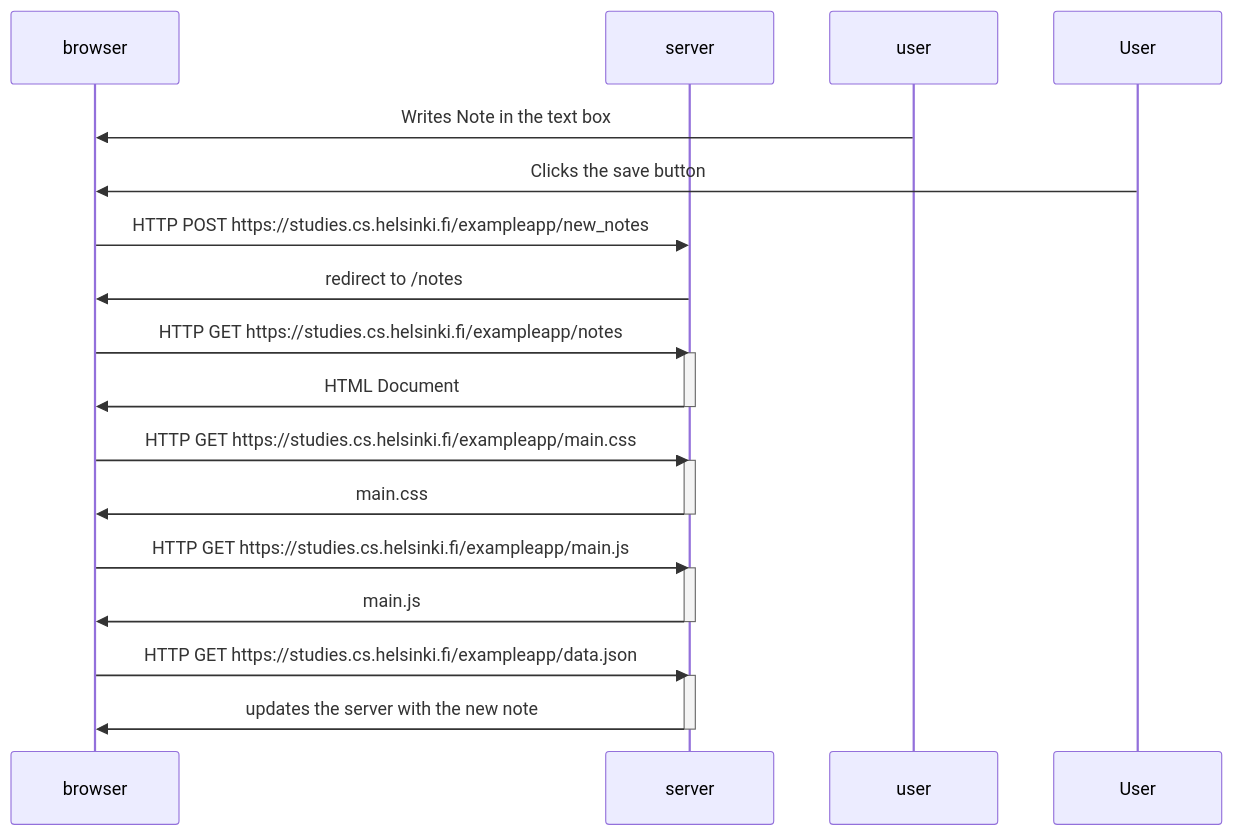
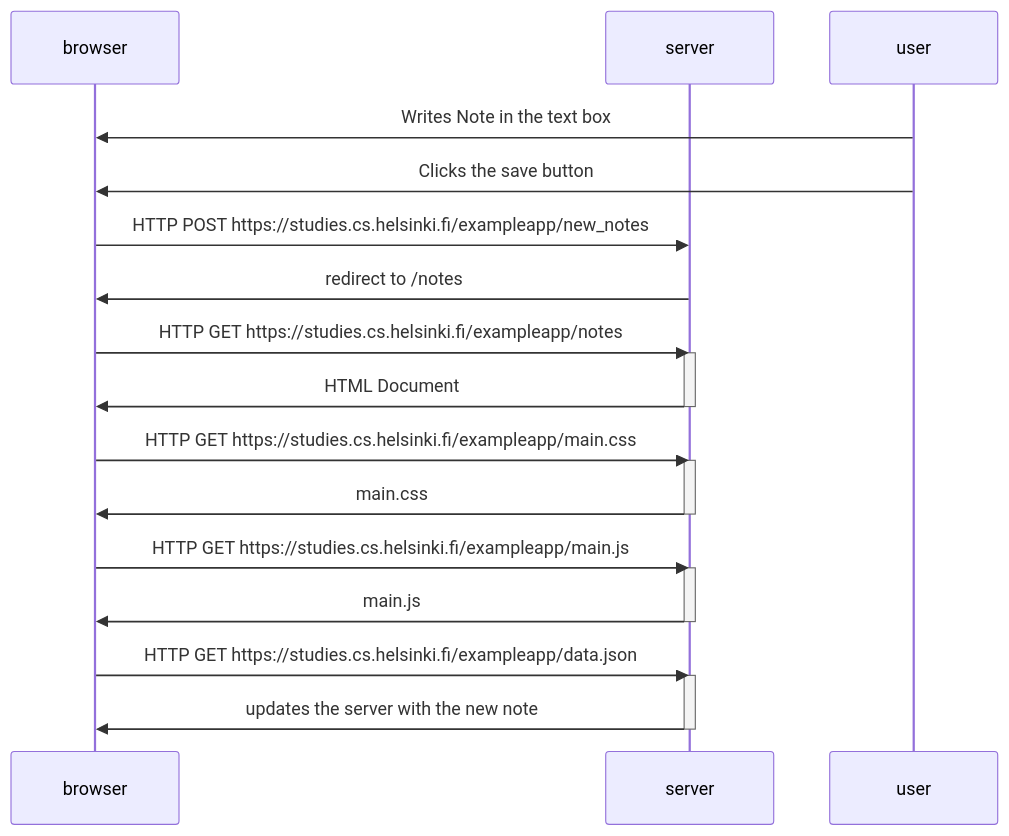
Before and after one commit to ii2Chris/FS-Course: the diagram in part 0/0.4: New note diagram /Diagram.md, drawn with Mermaid.

````diff
--- a/part 0/0.4: New note diagram /Diagram.md
+++ b/part 0/0.4: New note diagram /Diagram.md
@@ -3,33 +3,33 @@
 ```mermaid
 sequenceDiagram
     participant browser
     participant server
     participant user
 
     user->>browser: Writes Note in the text box
-    User->>browser: Clicks the save button
+    user->>browser: Clicks the save button
 
     browser->>server: HTTP POST https://studies.cs.helsinki.fi/exampleapp/new_notes
     server->>browser: redirect to /notes
 
     browser->>server: HTTP GET https://studies.cs.helsinki.fi/exampleapp/notes
     activate server
     server->>browser: HTML Document
     deactivate server
 
     browser->>server: HTTP GET https://studies.cs.helsinki.fi/exampleapp/main.css
     activate server
     server->>browser: main.css
     deactivate server
 
      browser->>server: HTTP GET https://studies.cs.helsinki.fi/exampleapp/main.js
     activate server
     server->>browser: main.js
     deactivate server
 
      browser->>server: HTTP GET https://studies.cs.helsinki.fi/exampleapp/data.json
     activate server
     server->>browser: updates the server with the new note
     deactivate server
 
 ```
````
